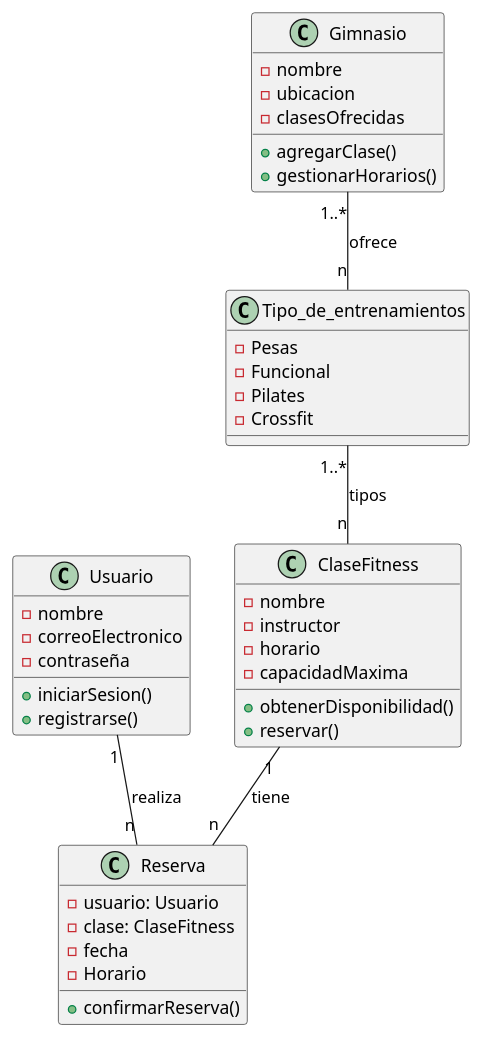
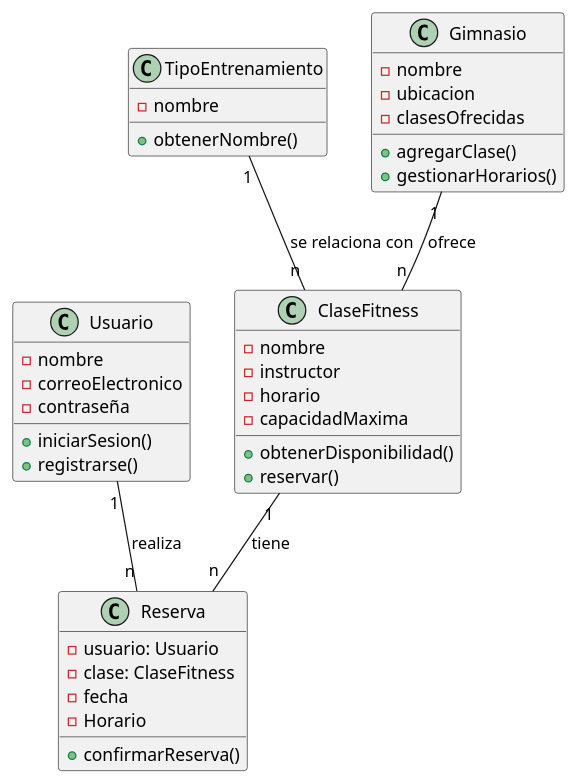
Before and after one commit to joaquinpiastre/Power-App: the diagram in doc/clases.puml, drawn with PlantUML. The commit also changed 3 other files, not shown here.

Commit message:
Subimos diagrama de secuencia y modificamos el de clases

```diff
--- a/doc/clases.puml
+++ b/doc/clases.puml
@@ -1,44 +1,46 @@
+@startuml Diagrama de clases PowerAPP
+
 class Usuario {
   - nombre
   - correoElectronico
   - contraseña
   + iniciarSesion()
   + registrarse()
 }
 
-class Tipo_de_entrenamientos {
-    - Pesas
-    - Funcional
-    - Pilates
-    - Crossfit
+class TipoEntrenamiento {
+  - nombre
+  + obtenerNombre()
 }
 
 class ClaseFitness {
   - nombre
   - instructor
   - horario
   - capacidadMaxima
   + obtenerDisponibilidad()
   + reservar()
 }
 
 class Gimnasio {
   - nombre
   - ubicacion
   - clasesOfrecidas
   + agregarClase()
   + gestionarHorarios()
 }
 
 class Reserva {
   - usuario: Usuario
   - clase: ClaseFitness
   - fecha
   - Horario
   + confirmarReserva()
 }
 
+TipoEntrenamiento "1" -- "n" ClaseFitness : se relaciona con
 Usuario "1" -- "n" Reserva : realiza
 ClaseFitness "1" -- "n" Reserva : tiene
-Gimnasio "1..*" -- "n" Tipo_de_entrenamientos : ofrece
-Tipo_de_entrenamientos "1..*" -- "n" ClaseFitness : tipos
+Gimnasio "1" -- "n" ClaseFitness : ofrece
+
+@enduml
```
